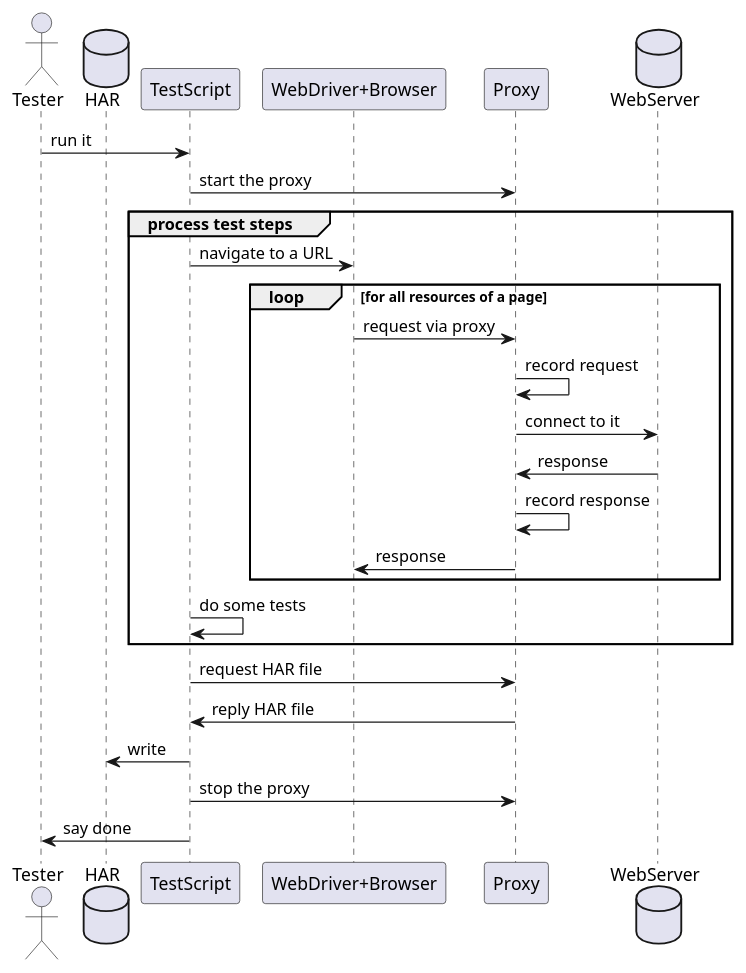
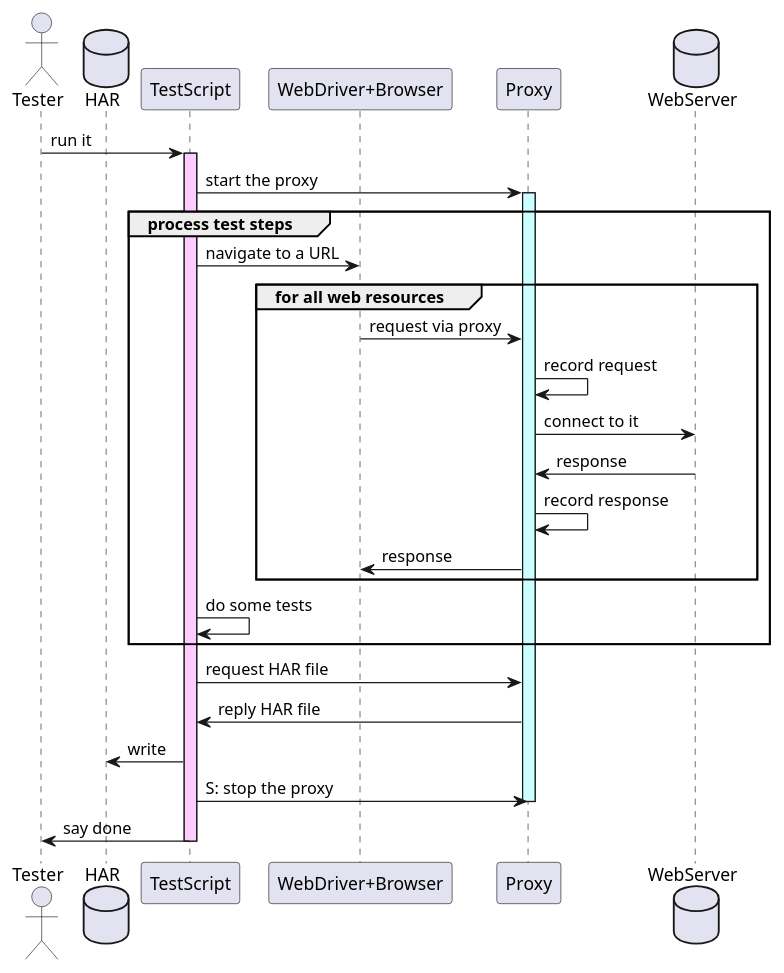
The diagram in docs/diagrams/src/sequence.pu (kazurayam/BrowserMobProxyInKatalonStudio), drawn with PlantUML before and after one commit. The commit also changed 2 other files, not shown here.

Commit message:
activate/deactivate in the sequence diagram

```diff
--- a/docs/diagrams/src/sequence.pu
+++ b/docs/diagrams/src/sequence.pu
@@ -1,28 +1,32 @@
 @startuml sequence
 actor       Tester     as tester
 database    HAR        as file
 participant TestScript as script
 participant "WebDriver+Browser" as browser
 participant Proxy      as proxy
 database    WebServer  as server
 
 tester   -> script     : run it
+activate script #FFccFF
 script   -> proxy      : start the proxy
+activate proxy #ccFFFF
 group process test steps
 script   -> browser    : navigate to a URL
-loop for all resources of a page
+group for all web resources
 browser  -> proxy      : request via proxy
 proxy    -> proxy      : record request
 proxy    -> server     : connect to it
 server   -> proxy      : response
 proxy    -> proxy      : record response
 proxy    -> browser    : response
 end
 script   -> script     : do some tests
 end
 script   -> proxy      : request HAR file
 proxy    -> script     : reply HAR file
 script   -> file       : write
-script   -> proxy      : stop the proxy
+script   -> proxy      : S: stop the proxy
+deactivate proxy
 script   -> tester     : say done
+deactivate script
 @enduml
```
